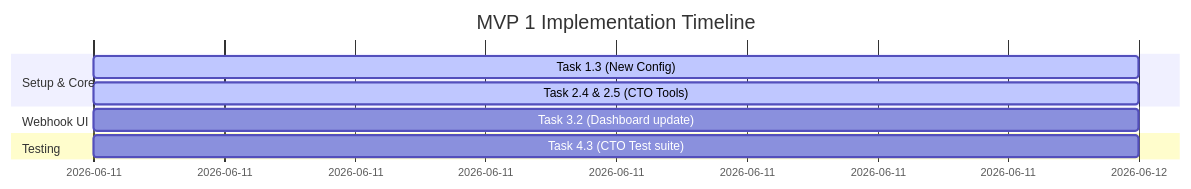
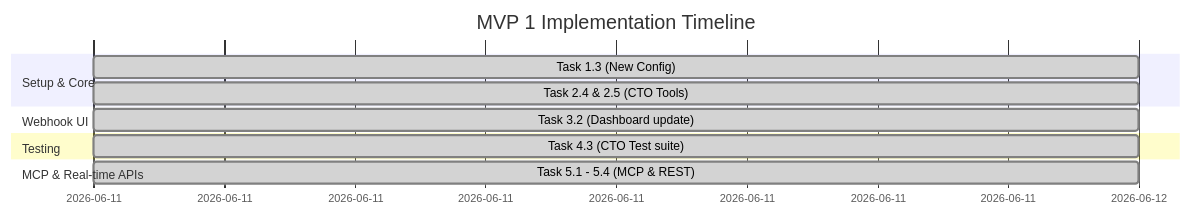
One commit to omlttg/PocketDev changed the diagram in docs/plans/0001-260611-pocketdev-core-agent-plan.md. Above: the diagram before and after it, drawn with Mermaid. The commit also changed other lines of this file and 14 other files, not shown here.

Commit message:
feat: implement real-time IDE Agent API, Telegram webhook intercept, and GitLab MCP client routing

````diff
--- a/docs/plans/0001-260611-pocketdev-core-agent-plan.md
+++ b/docs/plans/0001-260611-pocketdev-core-agent-plan.md
@@ -38,12 +44,14 @@
 ```mermaid
 gantt
     title MVP 1 Implementation Timeline
     dateFormat  YYYY-MM-DD
     section Setup & Core
-    Task 1.3 (New Config)    :active, 2026-06-11, 1d
-    Task 2.4 & 2.5 (CTO Tools):active, 2026-06-11, 1d
+    Task 1.3 (New Config)    :done, 2026-06-11, 1d
+    Task 2.4 & 2.5 (CTO Tools):done, 2026-06-11, 1d
     section Webhook UI
-    Task 3.2 (Dashboard update):2026-06-11, 1d
+    Task 3.2 (Dashboard update):done, 2026-06-11, 1d
     section Testing
-    Task 4.3 (CTO Test suite)  :2026-06-11, 1d
+    Task 4.3 (CTO Test suite)  :done, 2026-06-11, 1d
+    section MCP & Real-time APIs
+    Task 5.1 - 5.4 (MCP & REST):done, 2026-06-11, 1d
 ```
````
